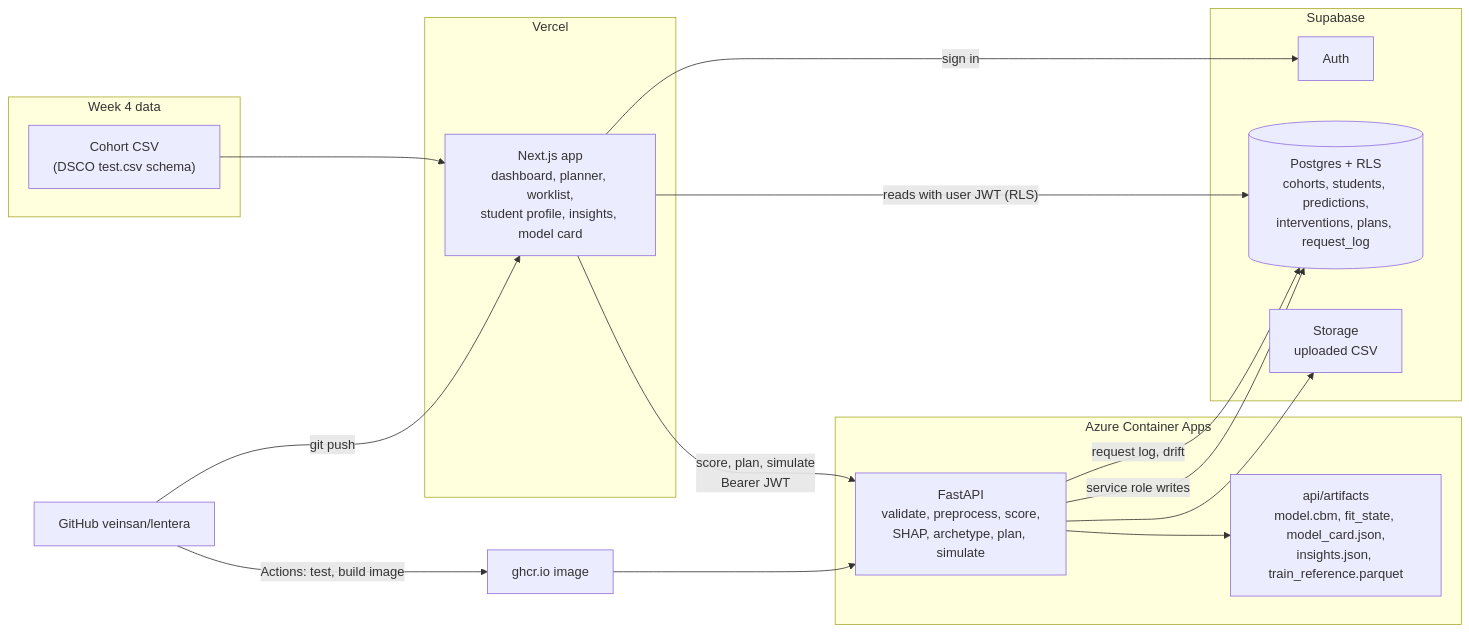
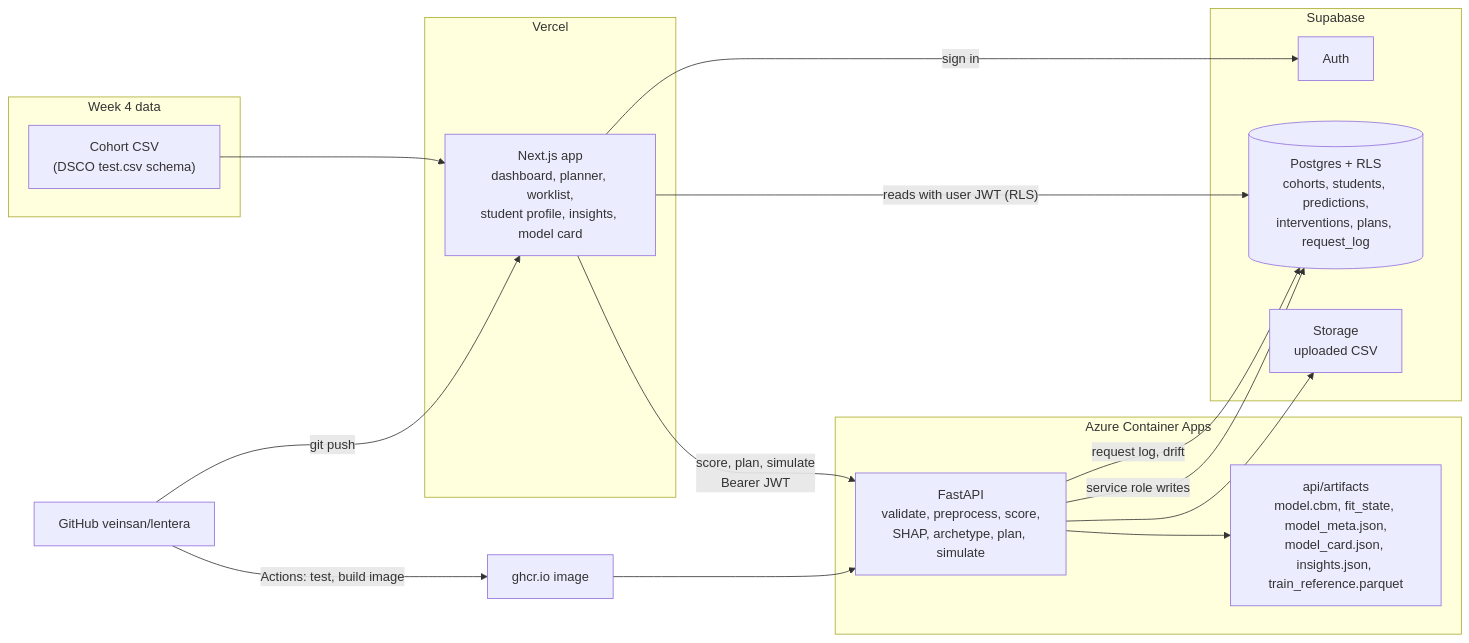
One commit to veinsan/lentera changed the diagram in ARCHITECTURE.md. Above: the diagram before and after it, drawn with Mermaid. The commit also changed other lines of this file and 18 other files, not shown here.

First line of the commit message:
feat(api): add model artifacts that reproduce the DSCO submission

````diff
--- a/ARCHITECTURE.md
+++ b/ARCHITECTURE.md
@@ -24,28 +24,28 @@
 ```mermaid
 flowchart LR
   subgraph Source["Week 4 data"]
     CSV["Cohort CSV<br/>(DSCO test.csv schema)"]
   end
   subgraph Vercel
     WEB["Next.js app<br/>dashboard, planner, worklist,<br/>student profile, insights, model card"]
   end
   subgraph Azure["Azure Container Apps"]
     API["FastAPI<br/>validate, preprocess, score,<br/>SHAP, archetype, plan, simulate"]
-    ART["api/artifacts<br/>model.cbm, fit_state, model_card.json,<br/>insights.json, train_reference.parquet"]
+    ART["api/artifacts<br/>model.cbm, fit_state, model_meta.json,<br/>model_card.json, insights.json, train_reference.parquet"]
   end
   subgraph Supabase
     AUTH["Auth"]
     DB[("Postgres + RLS<br/>cohorts, students, predictions,<br/>interventions, plans, request_log")]
     ST["Storage<br/>uploaded CSV"]
   end
   GH["GitHub veinsan/lentera"] -- "Actions: test, build image" --> GHCR["ghcr.io image"] --> API
   GH -- "git push" --> WEB
   CSV --> WEB
   WEB -- "sign in" --> AUTH
   WEB -- "reads with user JWT (RLS)" --> DB
   WEB -- "score, plan, simulate<br/>Bearer JWT" --> API
   API --> ART
   API -- "service role writes" --> DB
   API --> ST
   API -- "request log, drift" --> DB
 ```
````
